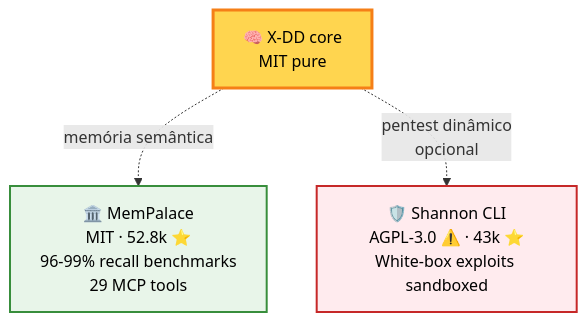
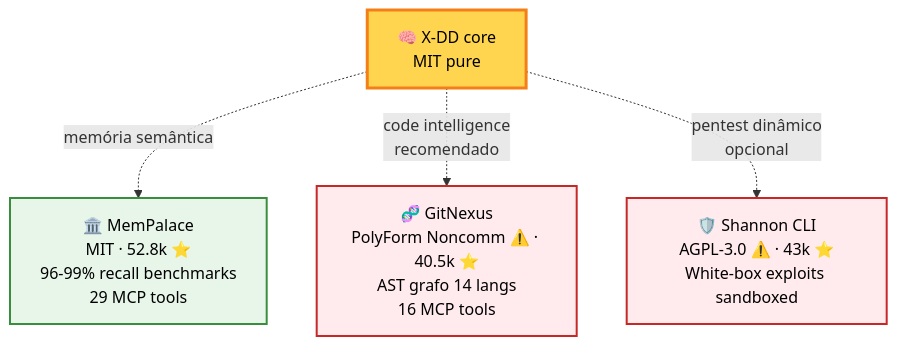
Before and after one commit to Cucholambr3ta/x-dd: the tenth of 10 diagrams in README.pt-BR.md, drawn with Mermaid. The commit also changed other lines of this file and 11 other files, not shown here.

First line of the commit message:
docs(sync): post-S14-23 + GitNexus tier-1 — 12 files macro actualizados

````diff
--- a/README.pt-BR.md
+++ b/README.pt-BR.md
@@ -436,14 +436,16 @@
 ```mermaid
 flowchart TB
     XDD["🧠 X-DD core<br/>MIT pure"]
 
     XDD -.->|"memória semântica"| MP["🏛️ MemPalace<br/>MIT · 52.8k ⭐<br/>96-99% recall benchmarks<br/>29 MCP tools"]
+    XDD -.->|"code intelligence<br/>recomendado"| GN["🧬 GitNexus<br/>PolyForm Noncomm ⚠️ · 40.5k ⭐<br/>AST grafo 14 langs<br/>16 MCP tools"]
     XDD -.->|"pentest dinâmico<br/>opcional"| SH["🛡️ Shannon CLI<br/>AGPL-3.0 ⚠️ · 43k ⭐<br/>White-box exploits sandboxed"]
 
     classDef core fill:#ffd54f,stroke:#f57f17,color:#000,stroke-width:3px
     classDef ext fill:#e8f5e9,stroke:#388e3c,color:#000,stroke-width:2px
     classDef warn fill:#ffebee,stroke:#c62828,color:#000,stroke-width:2px
     class XDD core
     class MP ext
+    class GN warn
     class SH warn
 ```
````
